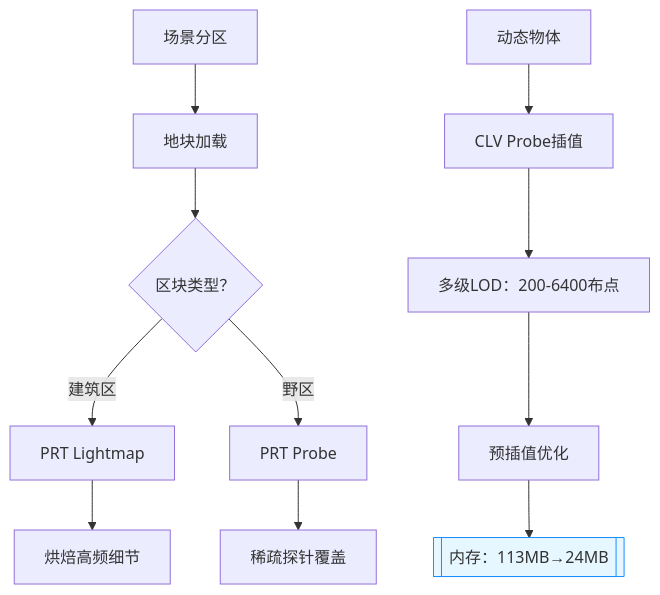
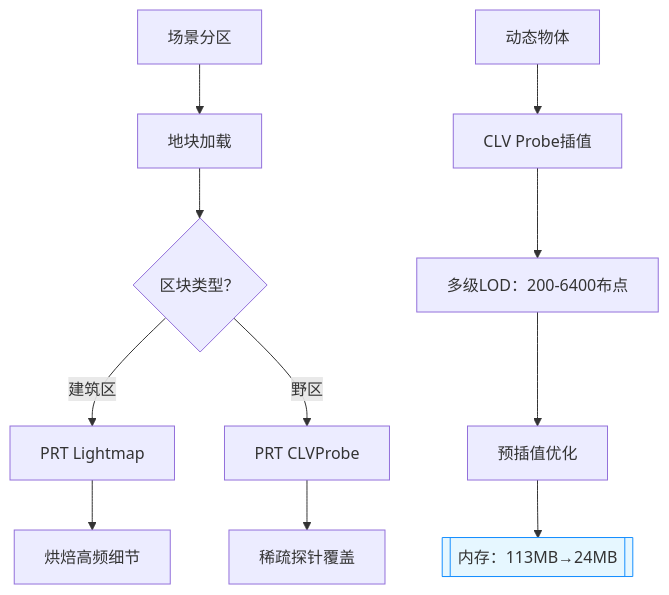
Before and after one commit to archieluan/iodraw-files: the diagram in all/未命名-4.md, drawn with Mermaid.

Commit message:
2025-06-13 15:51:09 update

````diff
--- a/all/未命名-4.md
+++ b/all/未命名-4.md
@@ -1,14 +1,14 @@
 ```mermaid
 graph TD
     A[场景分区] --> B[地块加载]
     B --> C{区块类型？}
     C -->|建筑区| D[PRT Lightmap]
-    C -->|野区| E[PRT Probe]
+    C -->|野区| E[PRT CLVProbe]
     D --> F[烘焙高频细节]
     E --> G[稀疏探针覆盖]
     H[动态物体] --> I[CLV Probe插值]
     I --> J[多级LOD：200-6400布点]
     J --> K[预插值优化]
     K --> L[[内存：113MB→24MB]]
     style L fill:#e6f7ff,stroke:#1890ff
 ```
````
